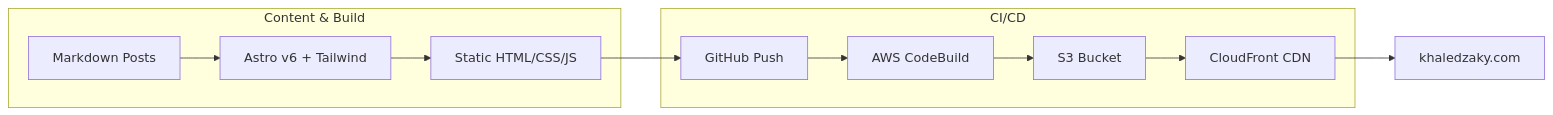
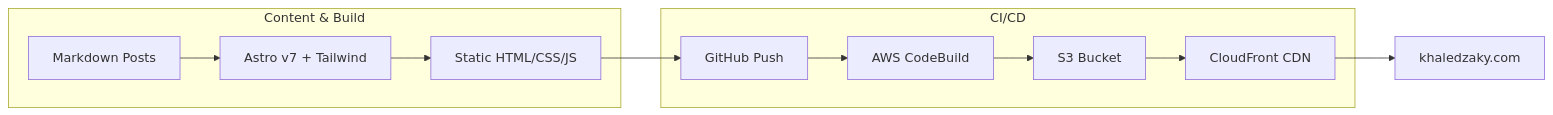
Before and after one commit to kzaky/khaledzaky.com: the first of 5 diagrams in README.md, drawn with Mermaid. The commit also changed other lines of this file, not shown here.

````diff
--- a/README.md
+++ b/README.md
@@ -21,16 +21,16 @@
 ```mermaid
 graph LR
     subgraph "Content & Build"
-        A[Markdown Posts] --> B[Astro v6 + Tailwind]
+        A[Markdown Posts] --> B[Astro v7 + Tailwind]
         B --> C[Static HTML/CSS/JS]
     end
 
     subgraph "CI/CD"
         D[GitHub Push] --> E[AWS CodeBuild]
         E --> F[S3 Bucket]
         F --> G[CloudFront CDN]
     end
 
     C --> D
     G --> H[khaledzaky.com]
 ```
````
